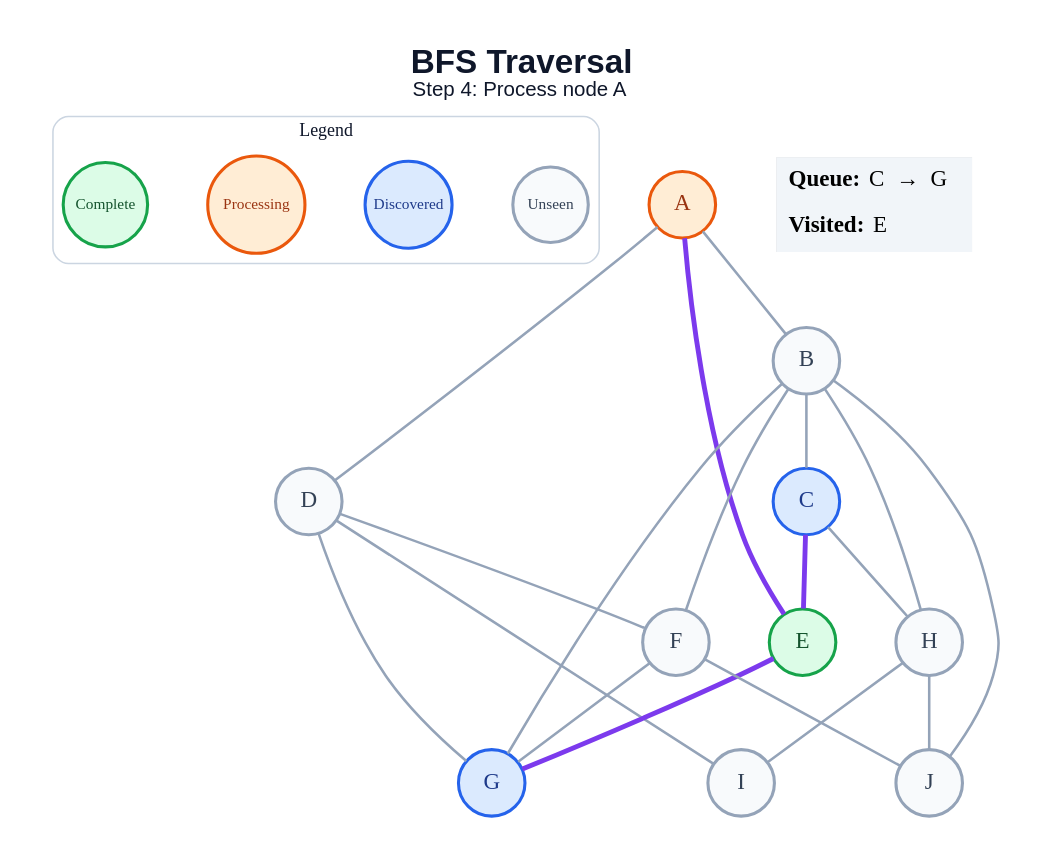
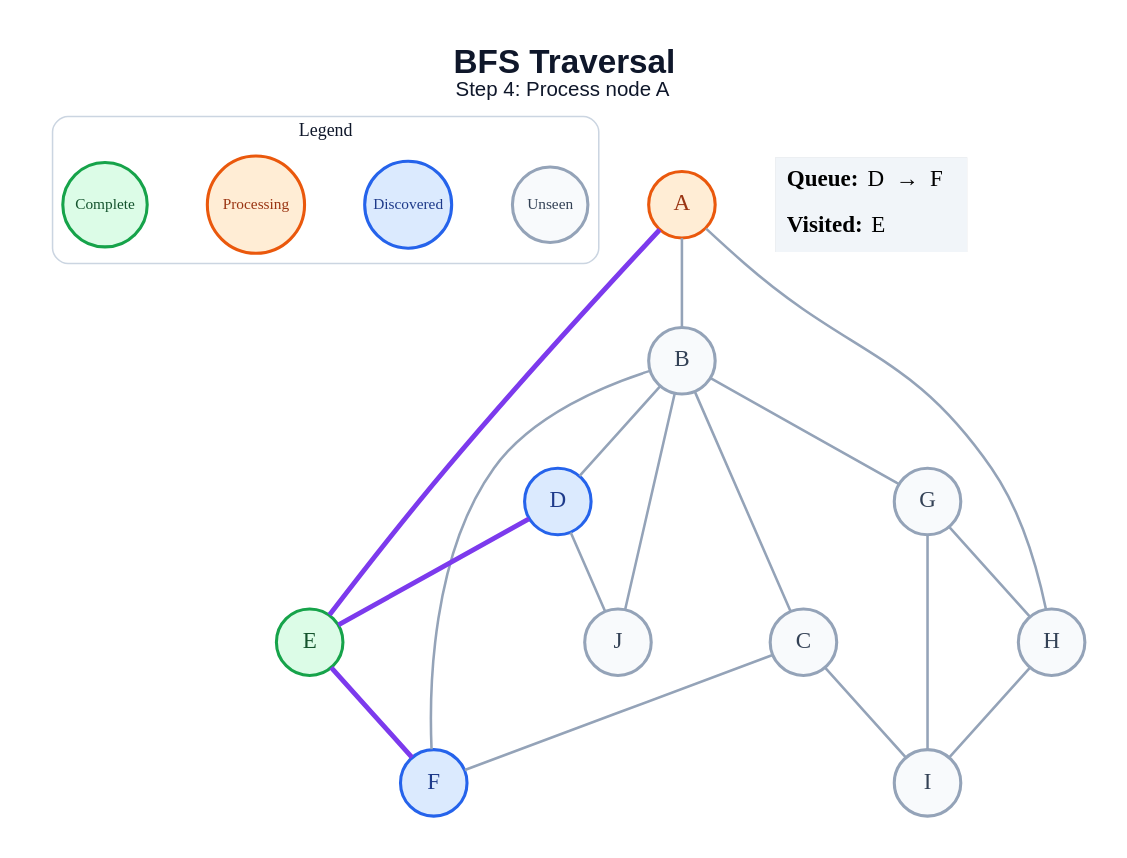
One commit to amanghodawala9/ai-slop changed the diagram in generated/specific-node/bfs/step_04.dot. Above: the diagram before and after it, drawn with Graphviz. The commit also changed 178 other files, not shown here.

```diff
--- a/generated/specific-node/bfs/step_04.dot
+++ b/generated/specific-node/bfs/step_04.dot
@@ -1,47 +1,45 @@
 graph traversal {
   graph [layout=dot, rankdir=TB, bgcolor="#FFFFFF", pad="0.35", nodesep="0.65", ranksep="0.8", fontname="Arial"];
   node [shape=circle, style="filled", fontname="Arial Bold", fontsize=18, width=0.72, fixedsize=true, penwidth=2.4];
   edge [color="#94A3B8", penwidth=2.0];
   label=<<B>BFS Traversal</B><BR/><FONT POINT-SIZE="16">Step 4: Process node A</FONT>>; labelloc="t"; fontsize=26; fontname="Arial"; fontcolor="#0F172A";
   subgraph cluster_legend { label="Legend"; color="#CBD5E1"; penwidth=1.2; style="rounded"; fontsize=14; fontname="Arial Bold";
     key_unseen [label="Unseen", fillcolor="#F8FAFC", color="#94A3B8", fontcolor="#334155", fontsize=12, width=0.82];
     key_frontier [label="Discovered", fillcolor="#DBEAFE", color="#2563EB", fontcolor="#1E3A8A", fontsize=12, width=0.95];
     key_current [label="Processing", fillcolor="#FFEDD5", color="#EA580C", fontcolor="#9A3412", fontsize=12, width=1.05];
     key_done [label="Complete", fillcolor="#DCFCE7", color="#16A34A", fontcolor="#14532D", fontsize=12, width=0.92];
     { rank=same; key_unseen; key_frontier; key_current; key_done; }
   }
   A [fillcolor="#FFEDD5", color="#EA580C", fontcolor="#9A3412"];
   B [fillcolor="#F8FAFC", color="#94A3B8", fontcolor="#334155"];
-  C [fillcolor="#DBEAFE", color="#2563EB", fontcolor="#1E3A8A"];
-  D [fillcolor="#F8FAFC", color="#94A3B8", fontcolor="#334155"];
+  C [fillcolor="#F8FAFC", color="#94A3B8", fontcolor="#334155"];
+  D [fillcolor="#DBEAFE", color="#2563EB", fontcolor="#1E3A8A"];
   E [fillcolor="#DCFCE7", color="#16A34A", fontcolor="#14532D"];
-  F [fillcolor="#F8FAFC", color="#94A3B8", fontcolor="#334155"];
-  G [fillcolor="#DBEAFE", color="#2563EB", fontcolor="#1E3A8A"];
+  F [fillcolor="#DBEAFE", color="#2563EB", fontcolor="#1E3A8A"];
+  G [fillcolor="#F8FAFC", color="#94A3B8", fontcolor="#334155"];
   H [fillcolor="#F8FAFC", color="#94A3B8", fontcolor="#334155"];
   I [fillcolor="#F8FAFC", color="#94A3B8", fontcolor="#334155"];
   J [fillcolor="#F8FAFC", color="#94A3B8", fontcolor="#334155"];
   A -- B;
-  A -- D;
   A -- E [color="#7C3AED", penwidth=3.8];
+  A -- H;
   B -- C;
+  B -- D;
   B -- F;
   B -- G;
-  B -- H;
   B -- J;
-  C -- E [color="#7C3AED", penwidth=3.8];
-  C -- H;
-  D -- F;
-  D -- G;
-  D -- I;
-  E -- G [color="#7C3AED", penwidth=3.8];
-  F -- G;
-  F -- J;
+  C -- F;
+  C -- I;
+  D -- E [color="#7C3AED", penwidth=3.8];
+  D -- J;
+  E -- F [color="#7C3AED", penwidth=3.8];
+  G -- H;
+  G -- I;
   H -- I;
-  H -- J;
   status [shape=plain, fixedsize=false, width=0, height=0, margin=0, label=<
     <TABLE BORDER="0" CELLBORDER="0" CELLPADDING="7" BGCOLOR="#F1F5F9">
-      <TR><TD ALIGN="LEFT"><B>Queue:</B> C  →  G</TD></TR>
+      <TR><TD ALIGN="LEFT"><B>Queue:</B> D  →  F</TD></TR>
       <TR><TD ALIGN="LEFT"><B>Visited:</B> E</TD></TR>
     </TABLE>
   >];
 }
```
